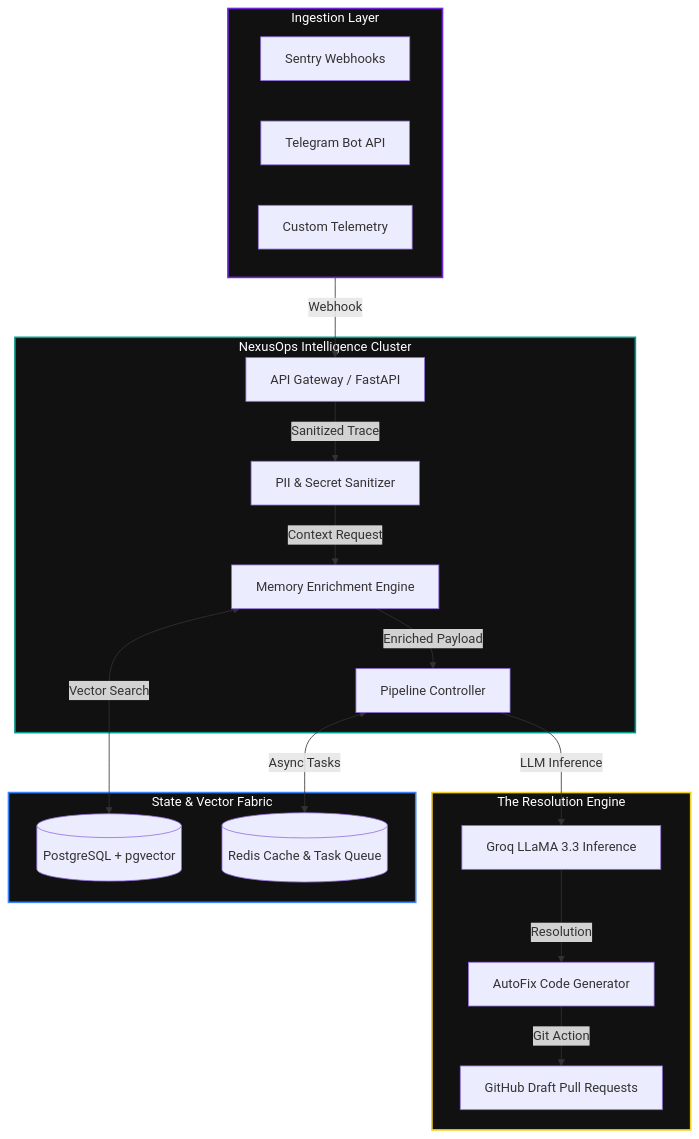
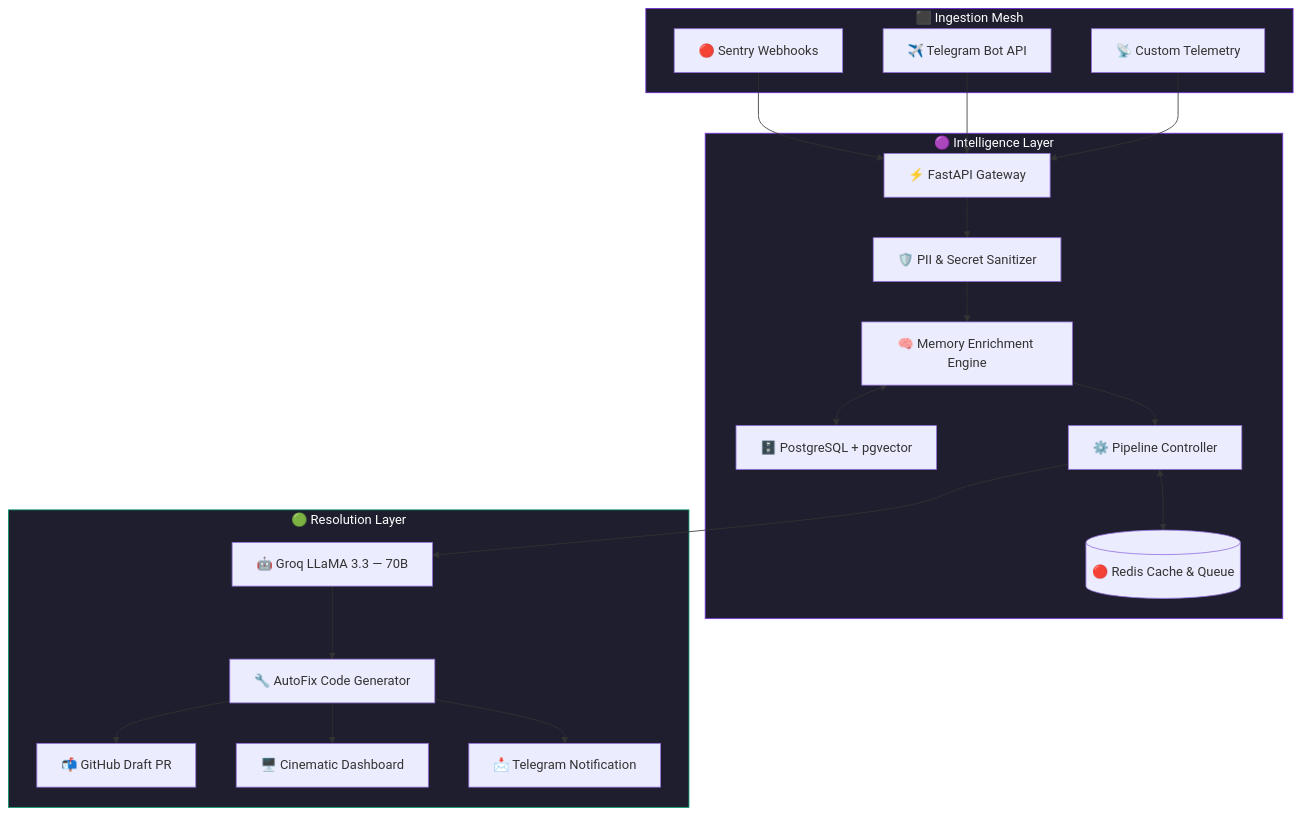
Before and after one commit to soumyachk101/NexusOps-2.0: the first of 3 diagrams in README.md, drawn with Mermaid. The commit also changed other lines of this file and 47 other files, not shown here.

````diff
--- a/README.md
+++ b/README.md
@@ -45,50 +80,45 @@
 ```mermaid
 graph TD
-    %% Source Ingestion
-    subgraph IngestionMesh ["Ingestion Layer"]
-        Sentry[Sentry Webhooks]
-        Telegram[Telegram Bot API]
-        Custom[Custom Telemetry]
+    subgraph INGESTION ["⬛ Ingestion Mesh"]
+        A1[🔴 Sentry Webhooks]
+        A2[✈️ Telegram Bot API]
+        A3[📡 Custom Telemetry]
     end
 
-    %% Core Processing
-    subgraph Core ["NexusOps Intelligence Cluster"]
-        API[API Gateway / FastAPI]
-        Sanitizer[PII & Secret Sanitizer]
-        MemoryEngine[Memory Enrichment Engine]
-        Controller[Pipeline Controller]
+    subgraph INTELLIGENCE ["🟣 Intelligence Layer"]
+        B1[⚡ FastAPI Gateway]
+        B2[🛡️ PII & Secret Sanitizer]
+        B3[🧠 Memory Enrichment Engine]
+        B4[🗄️ PostgreSQL + pgvector]
+        B5[⚙️ Pipeline Controller]
+        B6[(🔴 Redis Cache & Queue)]
     end
 
-    %% Data Stores
-    subgraph Storage ["State & Vector Fabric"]
-        DB[(PostgreSQL + pgvector)]
-        Redis[(Redis Cache & Task Queue)]
+    subgraph RESOLUTION ["🟢 Resolution Layer"]
+        C1[🤖 Groq LLaMA 3.3 — 70B]
+        C2[🔧 AutoFix Code Generator]
+        C3[📬 GitHub Draft PR]
+        C4[🖥️ Cinematic Dashboard]
+        C5[📩 Telegram Notification]
     end
 
-    %% AI & Remediation
-    subgraph AI ["The Resolution Engine"]
-        Groq[Groq LLaMA 3.3 Inference]
-        FixGen[AutoFix Code Generator]
-        PR[GitHub Draft Pull Requests]
-    end
+    A1 --> B1
+    A2 --> B1
+    A3 --> B1
 
-    %% Connections
-    IngestionMesh -->|Webhook| API
-    API -->|Sanitized Trace| Sanitizer
-    Sanitizer -->|Context Request| MemoryEngine
-    MemoryEngine <-->|Vector Search| DB
-    MemoryEngine -->|Enriched Payload| Controller
-    Controller <-->|Async Tasks| Redis
-    Controller -->|LLM Inference| Groq
-    Groq -->|Resolution| FixGen
-    FixGen -->|Git Action| PR
+    B1 --> B2
+    B2 --> B3
+    B3 <--> B4
+    B3 --> B5
+    B5 <--> B6
+    B5 --> C1
 
-    %% Styling
-    classDef cluster fill:#111,stroke:#333,stroke-width:1px,color:#fff;
-    class IngestionMesh,Core,Storage,AI cluster;
-    
-    style IngestionMesh stroke:#6D28D9,stroke-width:2px
-    style Core stroke:#05998B,stroke-width:2px
-    style Storage stroke:#3b82f6,stroke-width:2px
-    style AI stroke:#f3d122,stroke-width:2px
+    C1 --> C2
+    C2 --> C3
+    C2 --> C4
+    C2 --> C5
+
+    style INGESTION fill:#1e1e2e,stroke:#6D28D9,color:#fff
+    style INTELLIGENCE fill:#1e1e2e,stroke:#7C3AED,color:#fff
+    style RESOLUTION fill:#1e1e2e,stroke:#059669,color:#fff
 ```
````
